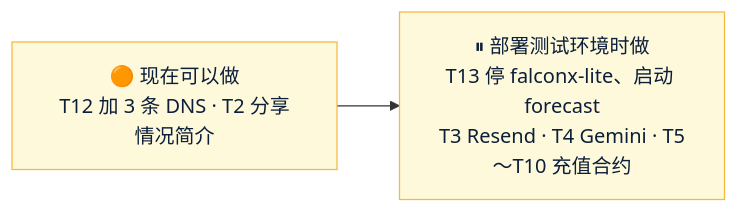
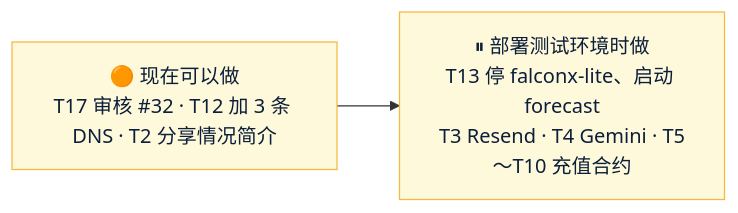
One commit to dollar3651314/forecast changed the diagram in Amos待办.md. Above: the diagram before and after it, drawn with Mermaid. The commit also changed other lines of this file, not shown here.

````diff
--- a/Amos待办.md
+++ b/Amos待办.md
@@ -10,6 +10,6 @@
 ```mermaid
 flowchart LR
-    T["🟠 现在可以做<br/>T12 加 3 条 DNS · T2 分享情况简介"] --> D["⏸ 部署测试环境时做<br/>T13 停 falconx-lite、启动 forecast<br/>T3 Resend · T4 Gemini · T5～T10 充值合约"]
+    T["🟠 现在可以做<br/>T17 审核 #32 · T12 加 3 条 DNS · T2 分享情况简介"] --> D["⏸ 部署测试环境时做<br/>T13 停 falconx-lite、启动 forecast<br/>T3 Resend · T4 Gemini · T5～T10 充值合约"]
     classDef amos fill:#FFF9DB,stroke:#F5B83D,color:#0B1F3A
     class T,D amos
 ```
````
